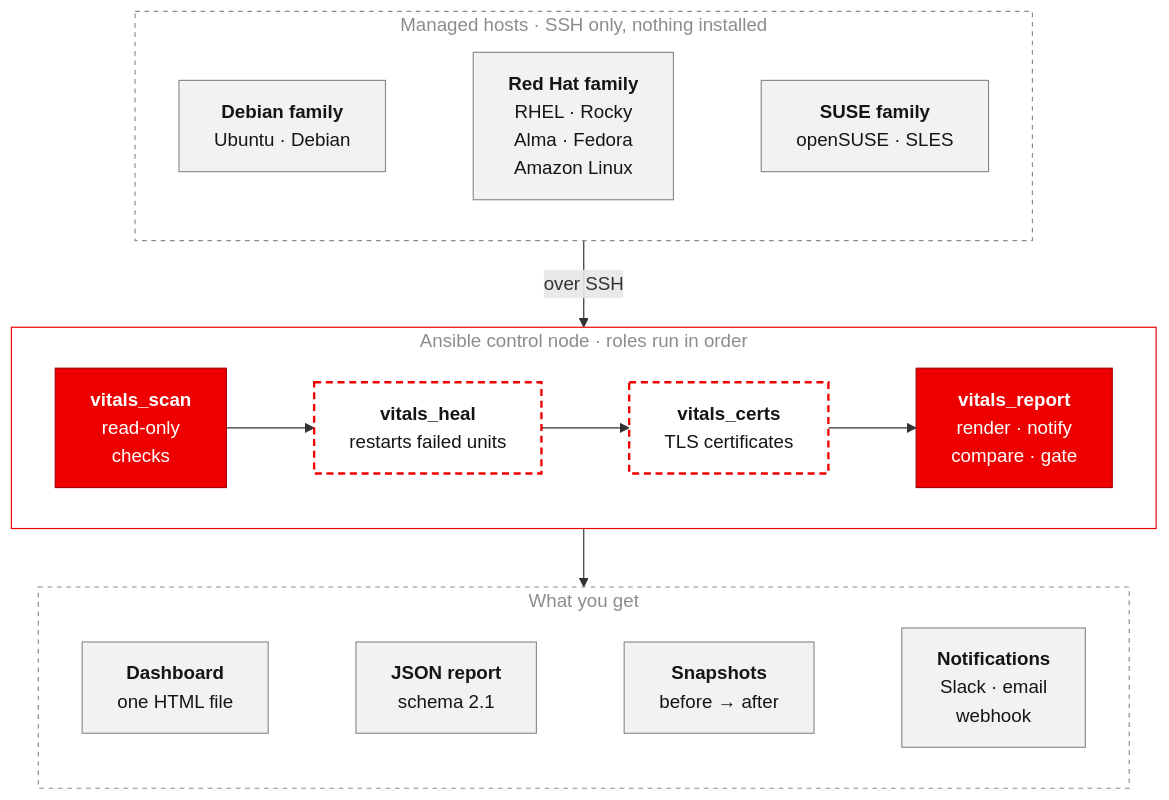
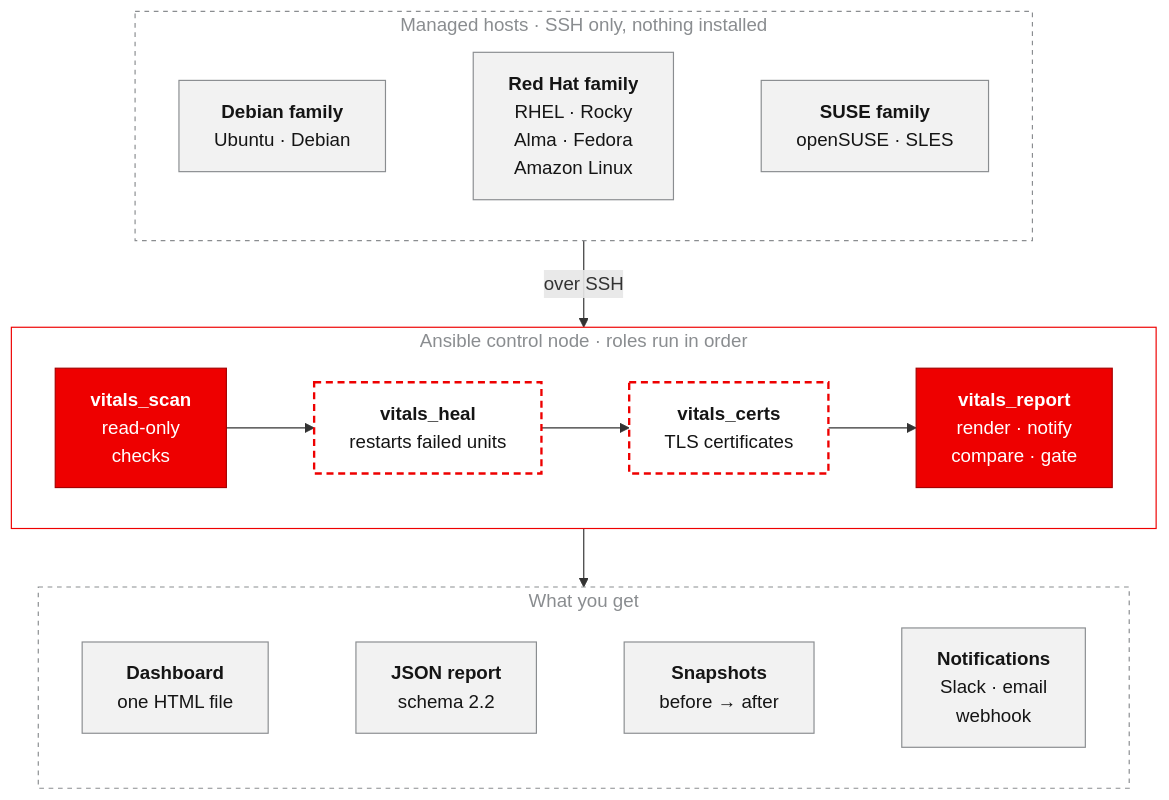
The diagram in README.md (sameeralam3127/linux-vitals), drawn with Mermaid before and after one commit. The commit also changed other lines of this file and 4 other files, not shown here.

````diff
--- a/README.md
+++ b/README.md
@@ -321,41 +341,41 @@
 ```mermaid
 flowchart TB
     subgraph FLEET["Managed hosts · SSH only, nothing installed"]
         direction LR
         DEB["<b>Debian family</b><br/>Ubuntu · Debian"]
         RH["<b>Red Hat family</b><br/>RHEL · Rocky<br/>Alma · Fedora<br/>Amazon Linux"]
         SUSE["<b>SUSE family</b><br/>openSUSE · SLES"]
         DEB ~~~ RH ~~~ SUSE
     end
 
     subgraph ROLES["Ansible control node · roles run in order"]
         direction LR
         SCAN["<b>vitals_scan</b><br/>read-only<br/>checks"]
         HEAL["<b>vitals_heal</b><br/>restarts failed units"]
         CERTS["<b>vitals_certs</b><br/>TLS certificates"]
         REPORT["<b>vitals_report</b><br/>render · notify<br/>compare · gate"]
         SCAN --> HEAL --> CERTS --> REPORT
     end
 
     subgraph OUT["What you get"]
         direction LR
         HTML["<b>Dashboard</b><br/>one HTML file"]
-        JSON["<b>JSON report</b><br/>schema 2.1"]
+        JSON["<b>JSON report</b><br/>schema 2.2"]
         SNAP["<b>Snapshots</b><br/>before → after"]
         MSG["<b>Notifications</b><br/>Slack · email<br/>webhook"]
         HTML ~~~ JSON ~~~ SNAP ~~~ MSG
     end
 
     FLEET -->|"over SSH"| ROLES
     ROLES --> OUT
 
     classDef core fill:#ee0000,stroke:#a60000,color:#ffffff
     classDef optin fill:#ffffff,stroke:#ee0000,stroke-width:2px,stroke-dasharray:6 4,color:#151515
     classDef item fill:#f2f2f2,stroke:#8a8d90,color:#151515
     class SCAN,REPORT core
     class HEAL,CERTS optin
     class DEB,RH,SUSE,HTML,JSON,SNAP,MSG item
     style ROLES fill:none,stroke:#ee0000,stroke-width:1px,color:#8a8d90
     style FLEET fill:none,stroke:#8a8d90,stroke-dasharray:4 4,color:#8a8d90
     style OUT fill:none,stroke:#8a8d90,stroke-dasharray:4 4,color:#8a8d90
 ```
````
